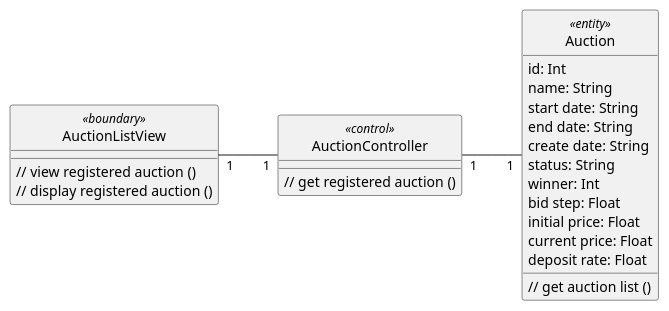
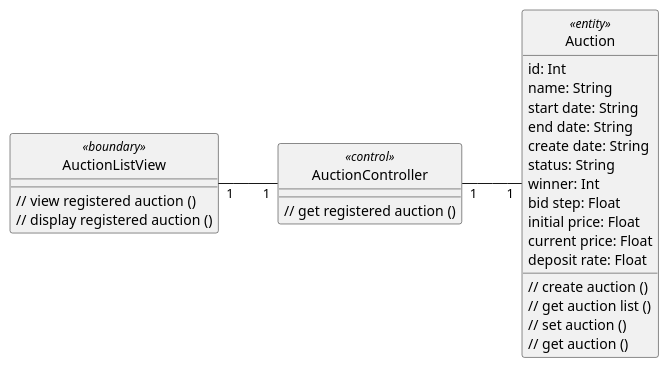
One commit to anhbanlinhle/velocity-exchange changed the diagram in uml/analysis/class/view-registered-auction.pu. Above: the diagram before and after it, drawn with PlantUML. The commit also changed 5 other files, not shown here.

```diff
--- a/uml/analysis/class/view-registered-auction.pu
+++ b/uml/analysis/class/view-registered-auction.pu
@@ -1,32 +1,35 @@
 @startuml view_registered_auction
 hide circle
 skinparam classAttributeIconSize 0
 left to right direction
 
 class AuctionListView <<boundary>> {
   // view registered auction ()
   // display registered auction ()
 }
 
 class AuctionController <<control>> {
   // get registered auction ()
 }
 
 class Auction <<entity>> {
   id: Int
   name: String
   start date: String
   end date: String
   create date: String
   status: String
   winner: Int
   bid step: Float
   initial price: Float
   current price: Float
   deposit rate: Float
+  // create auction ()
   // get auction list ()
+  // set auction ()
+  // get auction ()
 }
 
 AuctionListView "1" -- "1" AuctionController
 AuctionController "1" -- "1" Auction
 @enduml
```
